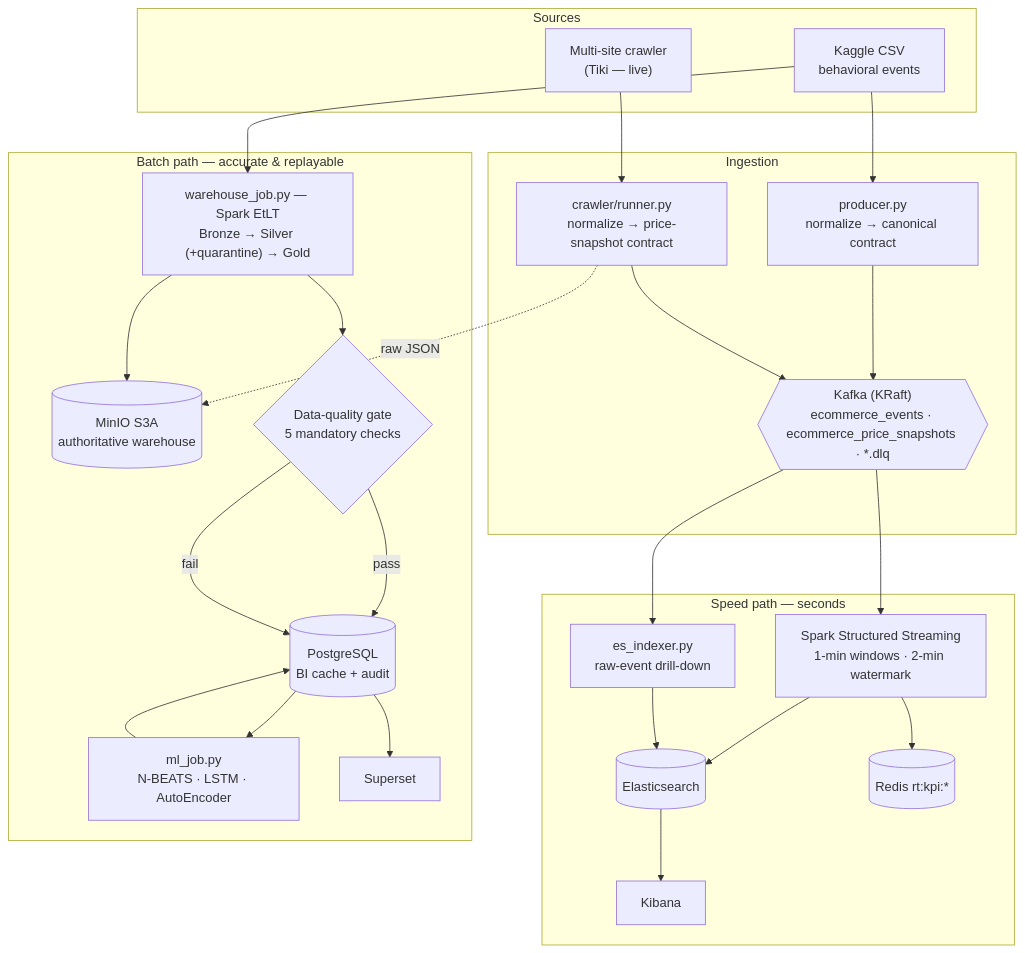
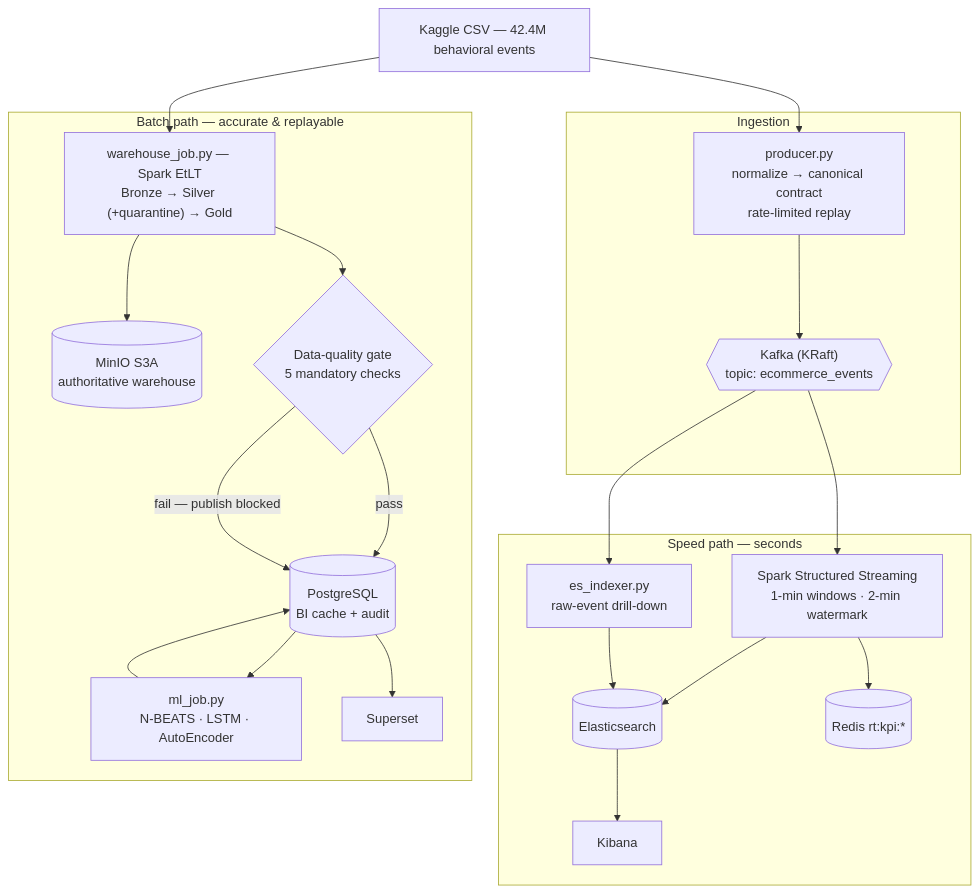
The diagram in README.md (Duy-Duc82/ecommerce-lambda-architecture), drawn with Mermaid before and after one commit. The commit also changed other lines of this file and 1 other file, not shown here.

First line of the commit message:
Lead README with dataset evidence; scope architecture to the Kaggle source

````diff
--- a/README.md
+++ b/README.md
@@ -21,41 +88,35 @@
 ```mermaid
 flowchart TB
-    subgraph SRC["Sources"]
-        K[Kaggle CSV<br/>behavioral events]
-        C["Multi-site crawler<br/>(Tiki — live)"]
-    end
+    SRC["Kaggle CSV — 42.4M behavioral events"]
 
     subgraph ING["Ingestion"]
-        P["producer.py<br/>normalize → canonical contract"]
-        R["crawler/runner.py<br/>normalize → price-snapshot contract"]
-        KAFKA{{"Kafka (KRaft)<br/>ecommerce_events · ecommerce_price_snapshots · *.dlq"}}
+        P["producer.py<br/>normalize → canonical contract<br/>rate-limited replay"]
+        KAFKA{{"Kafka (KRaft)<br/>topic: ecommerce_events"}}
     end
 
     subgraph SPEED["Speed path — seconds"]
         SS["Spark Structured Streaming<br/>1-min windows · 2-min watermark"]
         ESI["es_indexer.py<br/>raw-event drill-down"]
         ES[("Elasticsearch")]
         RD[("Redis rt:kpi:*")]
         KB["Kibana"]
     end
 
     subgraph BATCH["Batch path — accurate & replayable"]
         WJ["warehouse_job.py — Spark EtLT<br/>Bronze → Silver (+quarantine) → Gold"]
         LAKE[("MinIO S3A<br/>authoritative warehouse")]
         QG{"Data-quality gate<br/>5 mandatory checks"}
         ML["ml_job.py<br/>N-BEATS · LSTM · AutoEncoder"]
         PG[("PostgreSQL<br/>BI cache + audit")]
         SUP["Superset"]
     end
 
-    K --> P --> KAFKA
-    C --> R --> KAFKA
-    R -.raw JSON.-> LAKE
+    SRC --> P --> KAFKA
     KAFKA --> SS --> ES & RD
     KAFKA --> ESI --> ES
     ES --> KB
-    K --> WJ --> LAKE
+    SRC --> WJ --> LAKE
     WJ --> QG -->|pass| PG
-    QG -->|fail| PG
+    QG -->|fail — publish blocked| PG
     PG --> ML --> PG --> SUP
 ```
````
